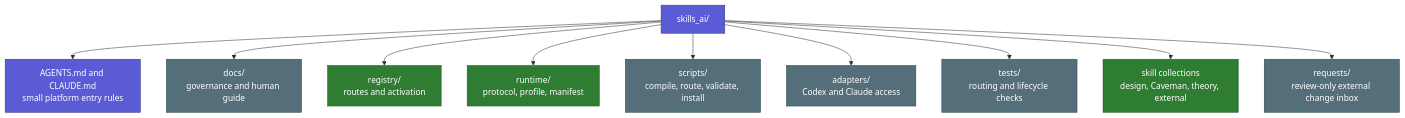
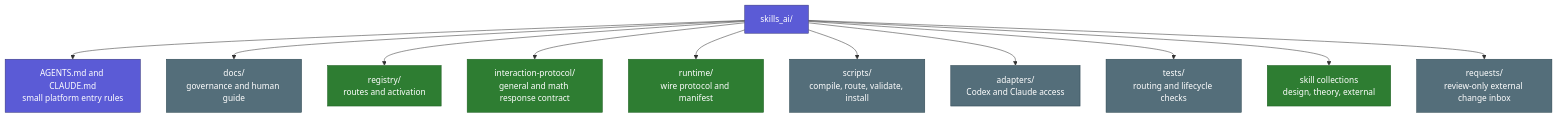
Before and after one commit to geekybobz/skills_ai: the first of 2 diagrams in docs/human/02_FOLDER_AND_PLATFORMS.md, drawn with Mermaid. The commit also changed other lines of this file and 199 other files, not shown here.

````diff
--- a/docs/human/02_FOLDER_AND_PLATFORMS.md
+++ b/docs/human/02_FOLDER_AND_PLATFORMS.md
@@ -13,19 +13,20 @@
 ```mermaid
 flowchart TD
     ROOT["skills_ai/"] --> ENTRY["AGENTS.md and CLAUDE.md<br/>small platform entry rules"]
     ROOT --> DOCS["docs/<br/>governance and human guide"]
     ROOT --> REG["registry/<br/>routes and activation"]
-    ROOT --> RUN["runtime/<br/>protocol, profile, manifest"]
+    ROOT --> IP["interaction-protocol/<br/>general and math response contract"]
+    ROOT --> RUN["runtime/<br/>wire protocol and manifest"]
     ROOT --> SCRIPT["scripts/<br/>compile, route, validate, install"]
     ROOT --> ADAPT["adapters/<br/>Codex and Claude access"]
     ROOT --> TEST["tests/<br/>routing and lifecycle checks"]
-    ROOT --> SKILLS["skill collections<br/>design, Caveman, theory, external"]
+    ROOT --> SKILLS["skill collections<br/>design, theory, external"]
     ROOT --> REQ["requests/<br/>review-only external change inbox"]
 
     classDef entry fill:#5B5BD6,color:#fff,stroke:#32327A
     classDef source fill:#2E7D32,color:#fff,stroke:#1B5E20
     classDef support fill:#546E7A,color:#fff,stroke:#29434E
     class ROOT,ENTRY entry
-    class REG,RUN,SKILLS source
+    class REG,IP,RUN,SKILLS source
     class DOCS,SCRIPT,ADAPT,TEST,REQ support
 ```
````
